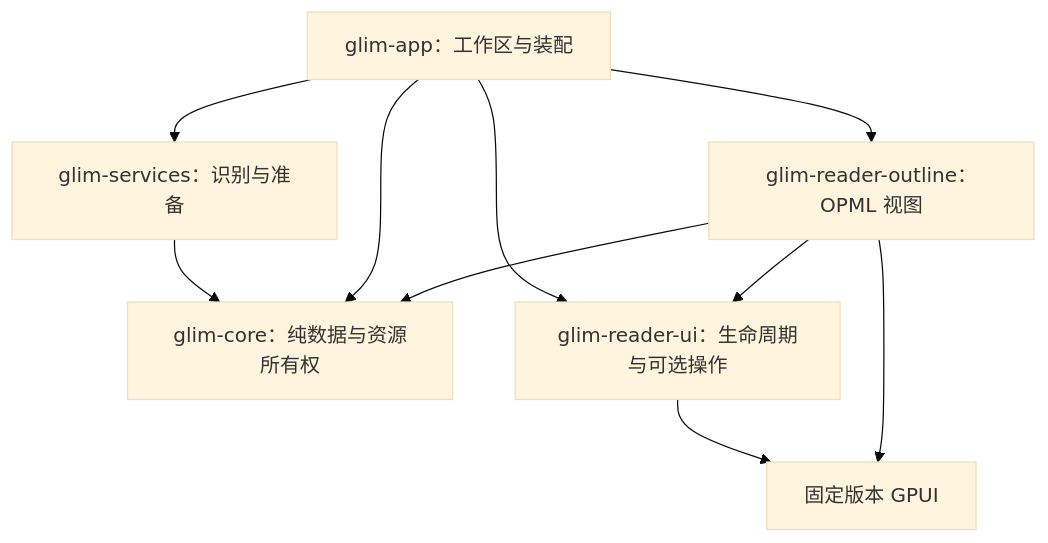
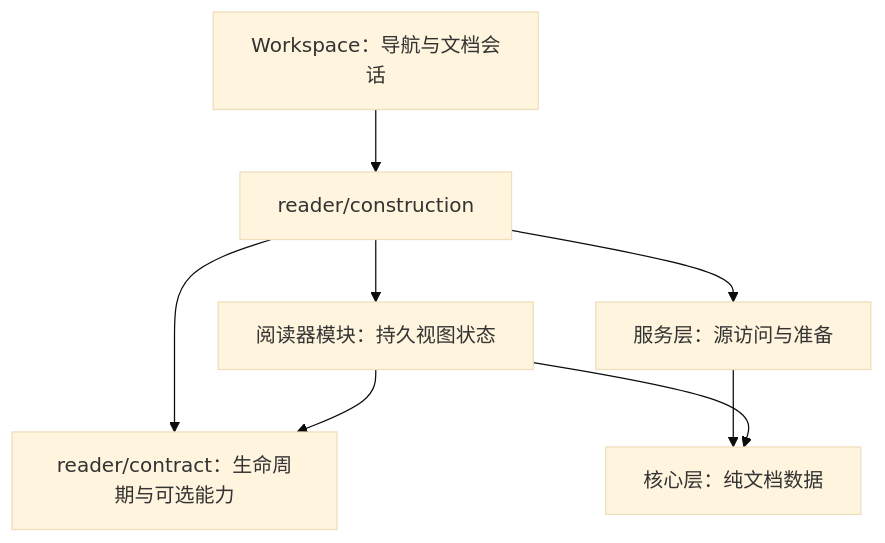
The diagram in docs/reader-modules.zh-CN.md (glimapp/glim), drawn with Mermaid (base theme) before and after one commit. The commit also changed other lines of this file and 37 other files, not shown here.

Commit message:
Keep reader contracts in app modules and release hidden projections

````diff
--- a/docs/reader-modules.zh-CN.md
+++ b/docs/reader-modules.zh-CN.md
@@ -9,12 +7,10 @@
 ```mermaid
 flowchart TD
-  App[glim-app：工作区与装配] --> Services[glim-services：识别与准备]
-  Services --> Core[glim-core：纯数据与资源所有权]
-  App --> Core
-  App --> Outline[glim-reader-outline：OPML 视图]
-  App --> UI[glim-reader-ui：生命周期与可选操作]
-  Outline --> Core
-  Outline --> UI
-  UI --> GPUI[固定版本 GPUI]
-  Outline --> GPUI
+  Workspace[Workspace：导航与文档会话] --> Factory[reader/construction]
+  Factory --> Contract[reader/contract：生命周期与可选能力]
+  Factory --> Views[阅读器模块：持久视图状态]
+  Services[服务层：源访问与准备] --> Core[核心层：纯文档数据]
+  Views --> Core
+  Views --> Contract
+  Factory --> Services
 ```
````
